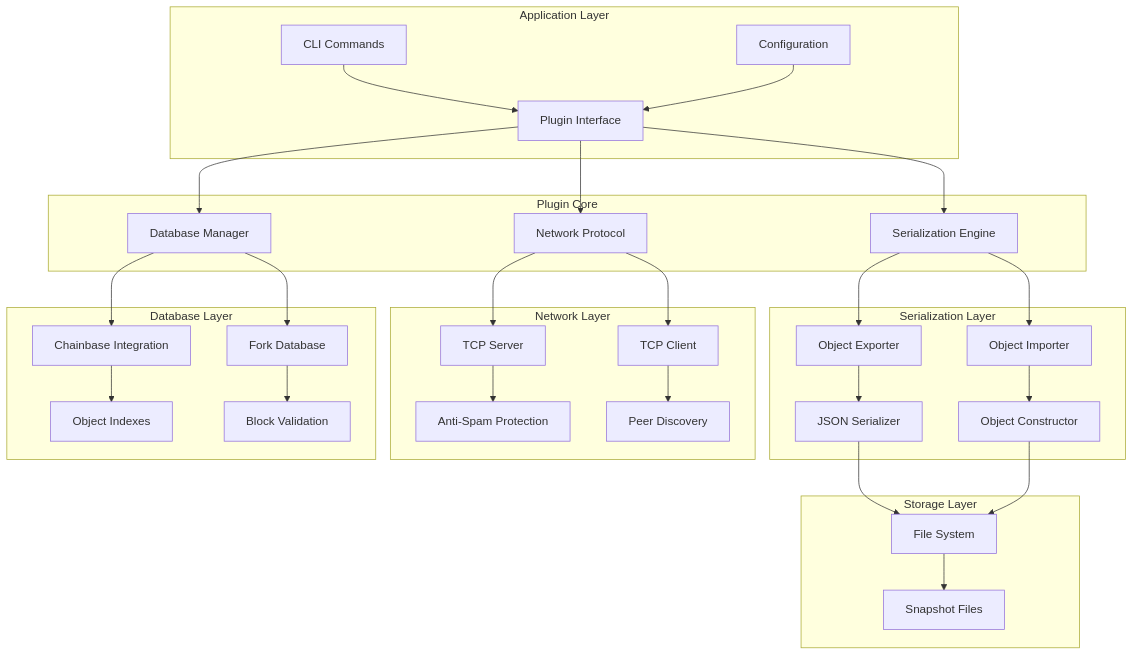
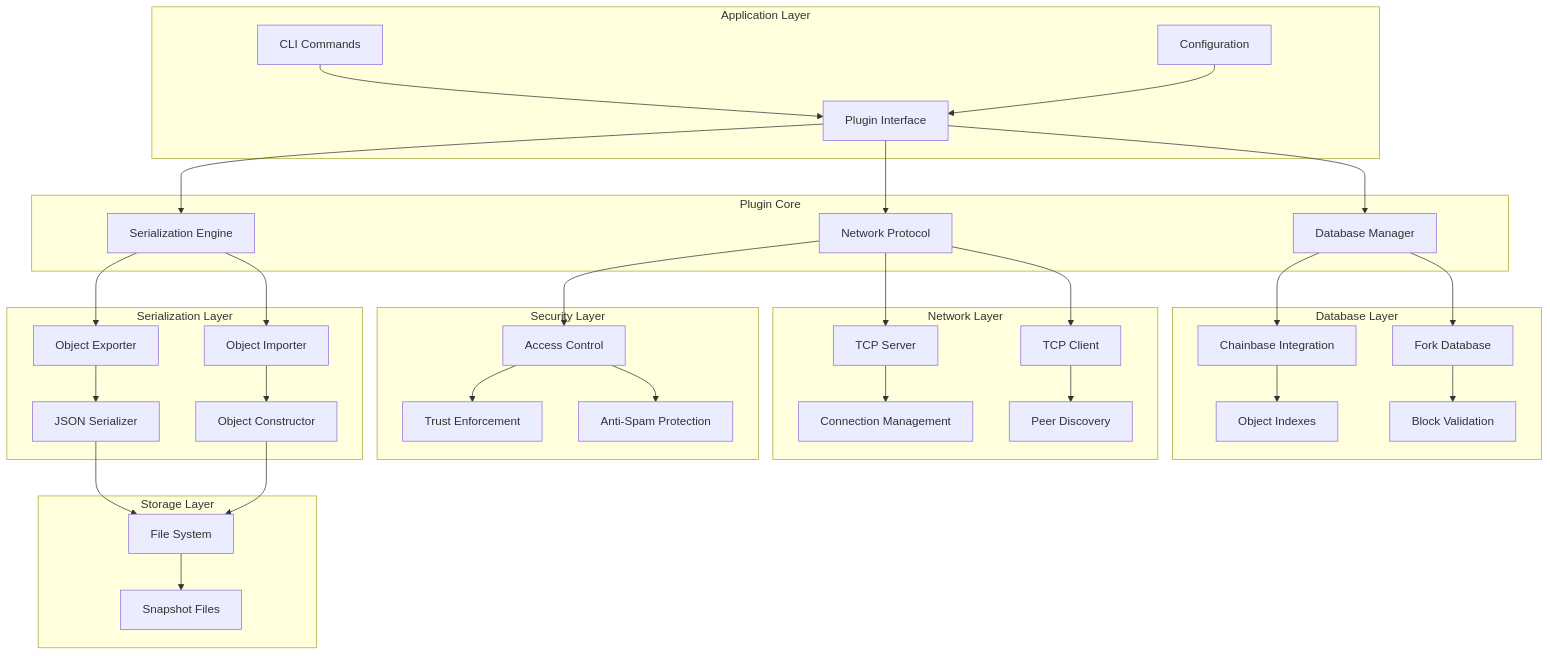
The second of 8 diagrams in .qoder/repowiki/en/content/Plugin System/Snapshot Plugin System.md (VIZ-Blockchain/viz-cpp-node), drawn with Mermaid before and after one commit. The commit also changed other lines of this file and 4 other files, not shown here.

First line of the commit message:
feat(fork_database): improve fork resolution and enhance DLT integration

````diff
--- a/.qoder/repowiki/en/content/Plugin System/Snapshot Plugin System.md
+++ b/.qoder/repowiki/en/content/Plugin System/Snapshot Plugin System.md
@@ -116,35 +118,40 @@
 ```mermaid
 graph TB
 subgraph "Application Layer"
 A[CLI Commands] --> B[Plugin Interface]
 C[Configuration] --> B
 end
 subgraph "Plugin Core"
 B --> D[Serialization Engine]
 B --> E[Network Protocol]
 B --> F[Database Manager]
 end
+subgraph "Security Layer"
+E --> G[Access Control]
+G --> H[Trust Enforcement]
+G --> I[Anti-Spam Protection]
+end
 subgraph "Serialization Layer"
-D --> G[Object Exporter]
-D --> H[Object Importer]
-G --> I[JSON Serializer]
-H --> J[Object Constructor]
+D --> J[Object Exporter]
+D --> K[Object Importer]
+J --> L[JSON Serializer]
+K --> M[Object Constructor]
 end
 subgraph "Network Layer"
-E --> K[TCP Server]
-E --> L[TCP Client]
-K --> M[Anti-Spam Protection]
-L --> N[Peer Discovery]
+E --> N[TCP Server]
+E --> O[TCP Client]
+N --> P[Connection Management]
+O --> Q[Peer Discovery]
 end
 subgraph "Database Layer"
-F --> O[Chainbase Integration]
-F --> P[Fork Database]
-O --> Q[Object Indexes]
-P --> R[Block Validation]
+F --> R[Chainbase Integration]
+F --> S[Fork Database]
+R --> T[Object Indexes]
+S --> U[Block Validation]
 end
 subgraph "Storage Layer"
-I --> S[File System]
-J --> S
-S --> T[Snapshot Files]
+L --> V[File System]
+M --> V
+V --> W[Snapshot Files]
 end
 ```
````
